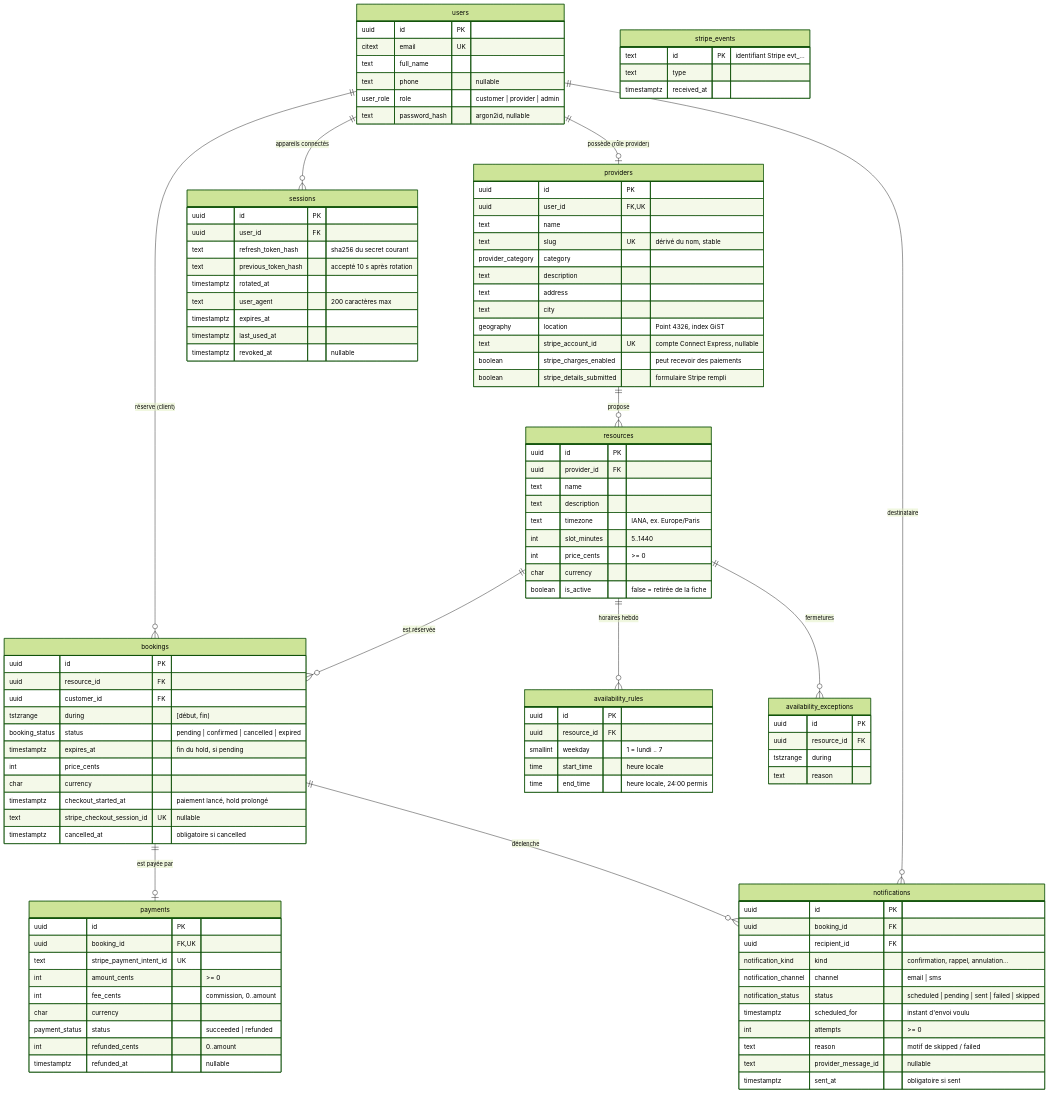
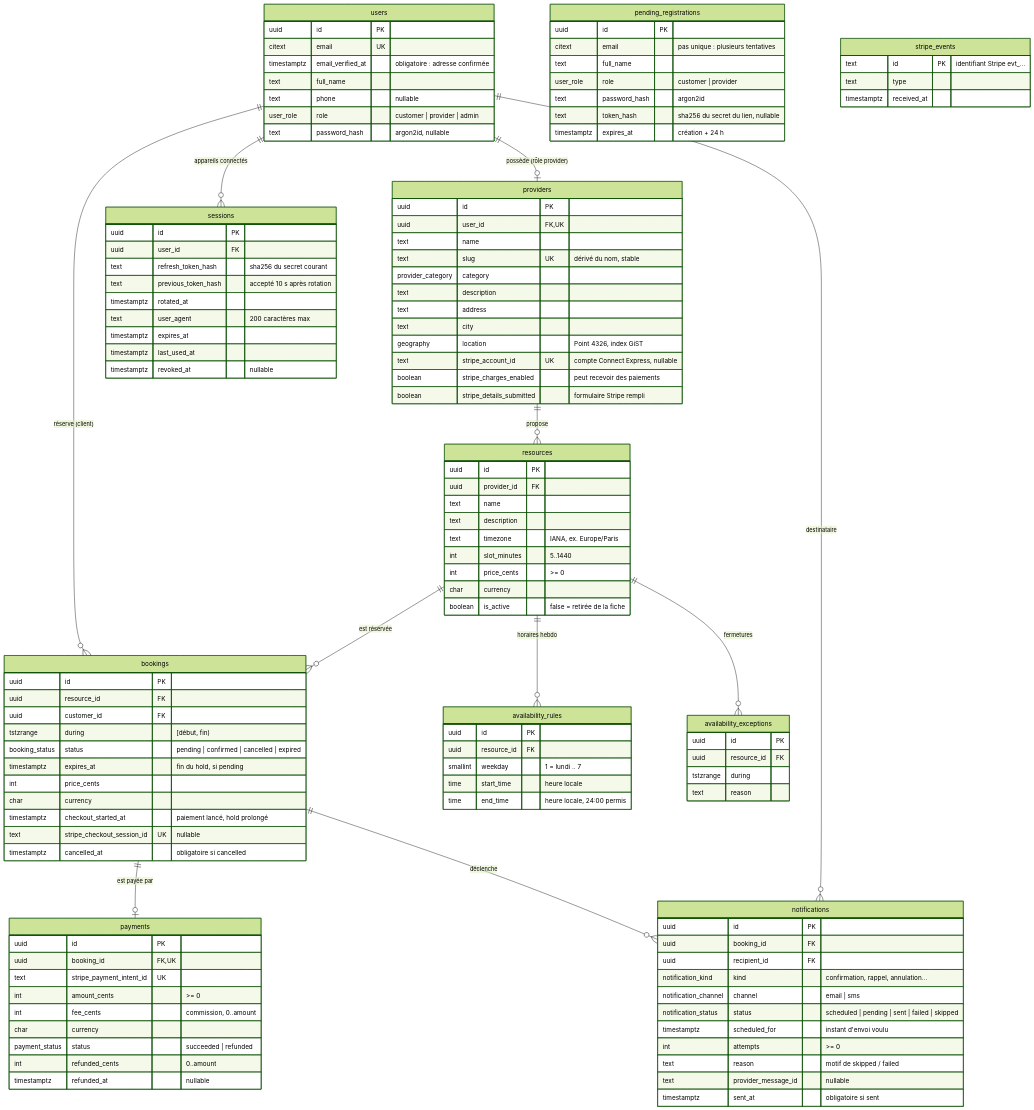
The diagram in docs/schema.md (KasselFelix/Creno), drawn with Mermaid (forest theme) before and after one commit. The commit also changed other lines of this file and 4 other files, not shown here.

Commit message:
docs: pending registration (ADR 0011), schema and README

```diff
--- a/docs/schema.md
+++ b/docs/schema.md
@@ -18,10 +18,20 @@
   users {
     uuid id PK
     citext email UK
+    timestamptz email_verified_at "obligatoire : adresse confirmée"
     text full_name
     text phone "nullable"
     user_role role "customer | provider | admin"
     text password_hash "argon2id, nullable"
+  }
+  pending_registrations {
+    uuid id PK
+    citext email "pas unique : plusieurs tentatives"
+    text full_name
+    user_role role "customer | provider"
+    text password_hash "argon2id"
+    text token_hash "sha256 du secret du lien, nullable"
+    timestamptz expires_at "création + 24 h"
   }
   sessions {
     uuid id PK
```
